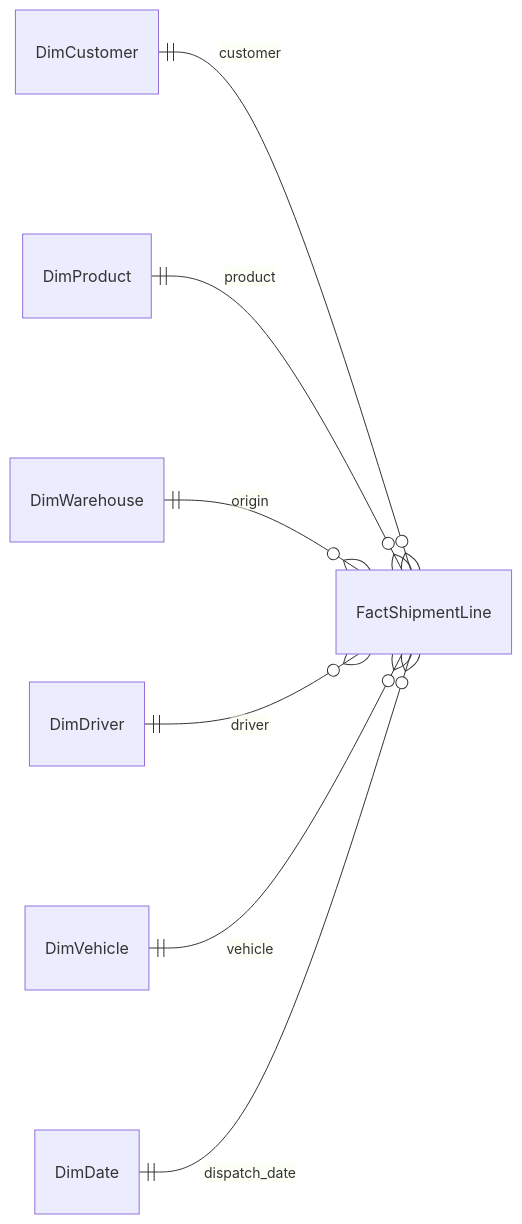
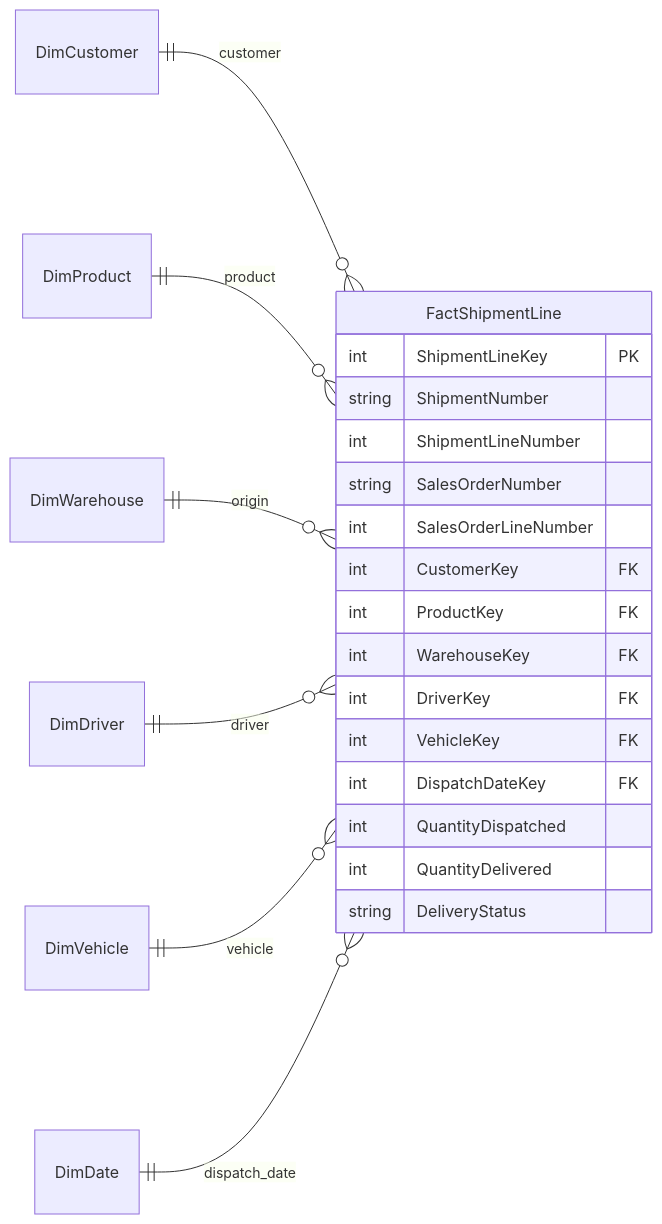
The fourth of 5 diagrams in 25-days-of-data-analytics/day-02-database-design-dml-null/logistics-supply-chain-design/README.md (ZeadRN/20-Days-SQL-Challenge), drawn with Mermaid before and after one commit. The commit also changed other lines of this file, not shown here.

````diff
--- a/25-days-of-data-analytics/day-02-database-design-dml-null/logistics-supply-chain-design/README.md
+++ b/25-days-of-data-analytics/day-02-database-design-dml-null/logistics-supply-chain-design/README.md
@@ -142,10 +156,26 @@
 ```mermaid
 erDiagram
     direction LR
     DimCustomer ||--o{ FactShipmentLine : customer
     DimProduct ||--o{ FactShipmentLine : product
     DimWarehouse ||--o{ FactShipmentLine : origin
     DimDriver ||--o{ FactShipmentLine : driver
     DimVehicle ||--o{ FactShipmentLine : vehicle
     DimDate ||--o{ FactShipmentLine : dispatch_date
+    FactShipmentLine {
+        int ShipmentLineKey PK
+        string ShipmentNumber
+        int ShipmentLineNumber
+        string SalesOrderNumber
+        int SalesOrderLineNumber
+        int CustomerKey FK
+        int ProductKey FK
+        int WarehouseKey FK
+        int DriverKey FK
+        int VehicleKey FK
+        int DispatchDateKey FK
+        int QuantityDispatched
+        int QuantityDelivered
+        string DeliveryStatus
+    }
 ```
````
